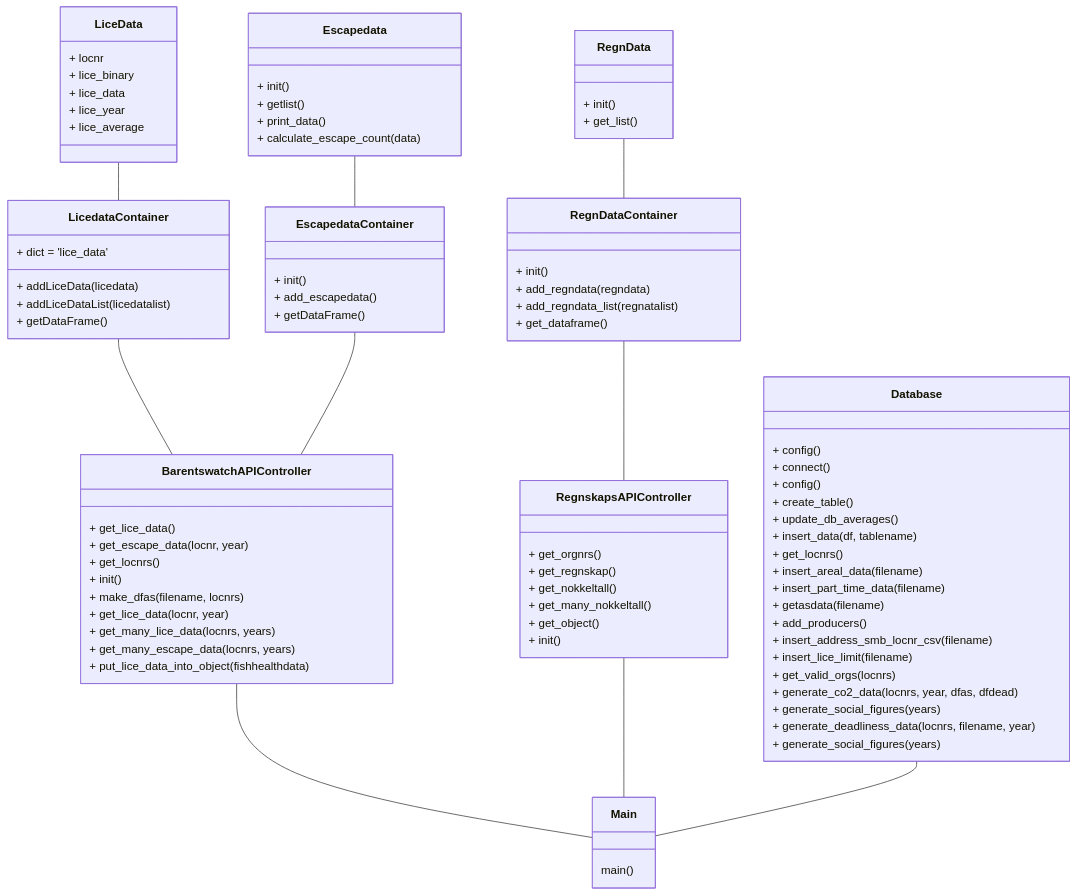
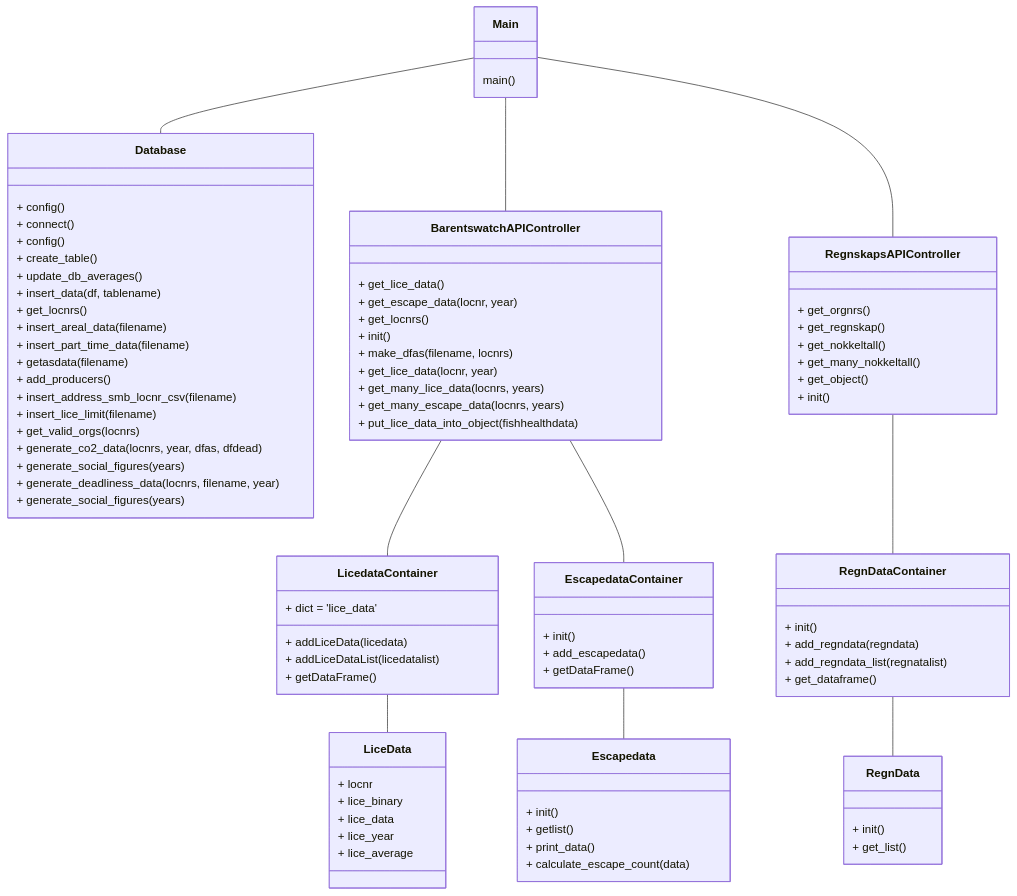
The diagram in Documentation/class_diagram.md (brreg/sommercamp2022), drawn with Mermaid before and after one commit.

````diff
--- a/Documentation/class_diagram.md
+++ b/Documentation/class_diagram.md
@@ -1,17 +1,15 @@
 ```mermaid
 classDiagram
 
-    BarentswatchAPIController -- Main
-    RegnskapsAPIController -- Main
-    RegnDataContainer -- RegnskapsAPIController
-    RegnData -- RegnDataContainer
-    Database -- Main
-	LicedataContainer -- BarentswatchAPIController
-	EscapedataContainer -- BarentswatchAPIController
-	LiceData -- LicedataContainer
-	Escapedata -- EscapedataContainer
-	
-    
+Main -- Database
+Main -- BarentswatchAPIController
+	BarentswatchAPIController -- LicedataContainer
+		LicedataContainer -- LiceData
+	BarentswatchAPIController -- EscapedataContainer
+		EscapedataContainer -- Escapedata
+Main -- RegnskapsAPIController
+	RegnskapsAPIController -- RegnDataContainer
+		RegnDataContainer -- RegnData
 	
 	class Main {
           main()
````
